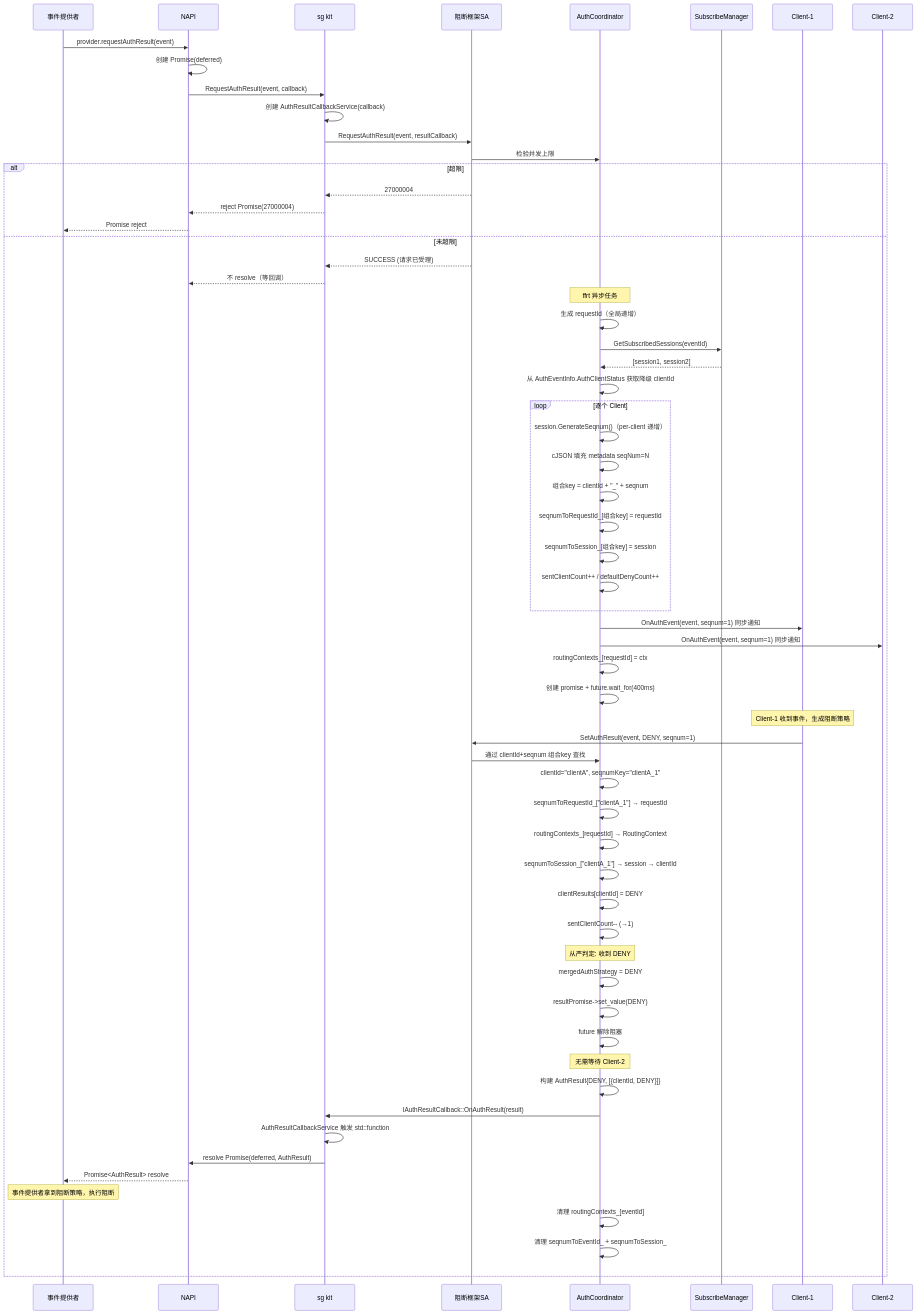
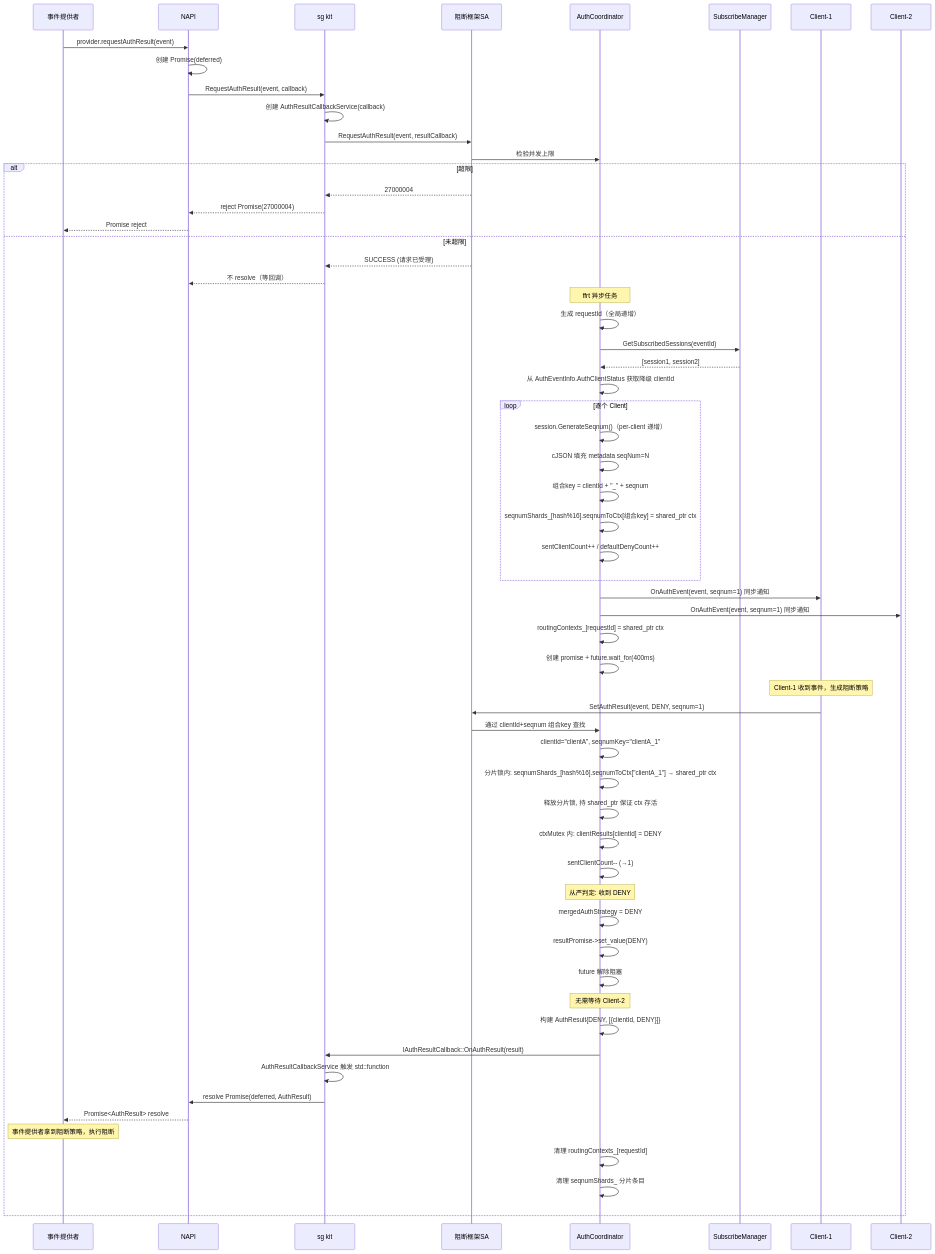
The fourth of 10 diagrams in .sdd/SR-20260806903302/design-doc.md (eclipse-oniro-mirrors/security_security_guard), drawn with Mermaid before and after one commit. The commit also changed other lines of this file and 19 other files, not shown here.

````diff
--- a/.sdd/SR-20260806903302/design-doc.md
+++ b/.sdd/SR-20260806903302/design-doc.md
@@ -188,78 +206,76 @@
 ```mermaid
 sequenceDiagram
     participant EP as 事件提供者
     participant NAPI as NAPI
     participant SDK as sg kit
     participant SA as 阻断框架SA
     participant AC as AuthCoordinator
     participant SM as SubscribeManager
     participant C1 as Client-1
     participant C2 as Client-2
 
     EP->>NAPI: provider.requestAuthResult(event)
     NAPI->>NAPI: 创建 Promise(deferred)
     NAPI->>SDK: RequestAuthResult(event, callback)
     SDK->>SDK: 创建 AuthResultCallbackService(callback)
     SDK->>SA: RequestAuthResult(event, resultCallback)
     SA->>AC: 检验并发上限
     alt 超限
         SA-->>SDK: 27000004
         SDK-->>NAPI: reject Promise(27000004)
         NAPI-->>EP: Promise reject
     else 未超限
         SA-->>SDK: SUCCESS (请求已受理)
         SDK-->>NAPI: 不 resolve（等回调）
 
         Note over AC: ffrt 异步任务
 
         AC->>AC: 生成 requestId（全局递增）
         AC->>SM: GetSubscribedSessions(eventId)
         SM-->>AC: [session1, session2]
 
         AC->>AC: 从 AuthEventInfo.AuthClientStatus 获取降级 clientId
 
         loop 逐个 Client
             AC->>AC: session.GenerateSeqnum()（per-client 递增）
             AC->>AC: cJSON 填充 metadata seqNum=N
             AC->>AC: 组合key = clientId + "_" + seqnum
-            AC->>AC: seqnumToRequestId_[组合key] = requestId
-            AC->>AC: seqnumToSession_[组合key] = session
+            AC->>AC: seqnumShards_[hash%16].seqnumToCtx[组合key] = shared_ptr ctx
             AC->>AC: sentClientCount++ / defaultDenyCount++
         end
 
         AC->>C1: OnAuthEvent(event, seqnum=1) 同步通知
         AC->>C2: OnAuthEvent(event, seqnum=1) 同步通知
 
-        AC->>AC: routingContexts_[requestId] = ctx
+        AC->>AC: routingContexts_[requestId] = shared_ptr ctx
         AC->>AC: 创建 promise + future.wait_for(400ms)
 
         Note over C1: Client-1 收到事件，生成阻断策略
 
         C1->>SA: SetAuthResult(event, DENY, seqnum=1)
         SA->>AC: 通过 clientId+seqnum 组合key 查找
         AC->>AC: clientId="clientA", seqnumKey="clientA_1"
-        AC->>AC: seqnumToRequestId_["clientA_1"] → requestId
-        AC->>AC: routingContexts_[requestId] → RoutingContext
-        AC->>AC: seqnumToSession_["clientA_1"] → session → clientId
-        AC->>AC: clientResults[clientId] = DENY
+        AC->>AC: 分片锁内: seqnumShards_[hash%16].seqnumToCtx["clientA_1"] → shared_ptr ctx
+        AC->>AC: 释放分片锁, 持 shared_ptr 保证 ctx 存活
+        AC->>AC: ctxMutex 内: clientResults[clientId] = DENY
         AC->>AC: sentClientCount-- (→1)
 
         Note over AC: 从严判定: 收到 DENY
         AC->>AC: mergedAuthStrategy = DENY
         AC->>AC: resultPromise->set_value(DENY)
         AC->>AC: future 解除阻塞
 
         Note over AC: 无需等待 Client-2
 
         AC->>AC: 构建 AuthResult{DENY, [{clientId, DENY}]}
         AC->>SDK: IAuthResultCallback::OnAuthResult(result)
         SDK->>SDK: AuthResultCallbackService 触发 std::function
         SDK->>NAPI: resolve Promise(deferred, AuthResult)
         NAPI-->>EP: Promise<AuthResult> resolve
 
         Note over EP: 事件提供者拿到阻断策略，执行阻断
 
-        AC->>AC: 清理 routingContexts_[eventId]
-        AC->>AC: 清理 seqnumToEventId_ + seqnumToSession_
+        AC->>AC: 清理 routingContexts_[requestId]
+        AC->>AC: 清理 seqnumShards_ 分片条目
     end
 ```
````
